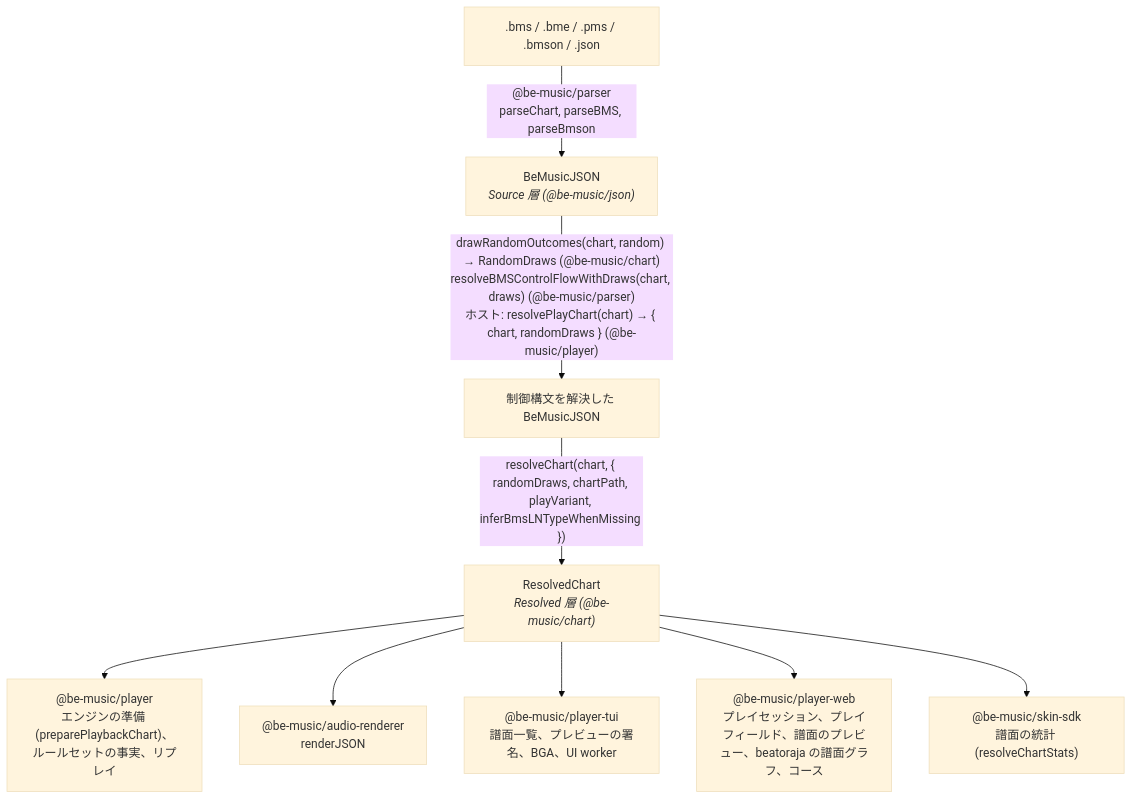
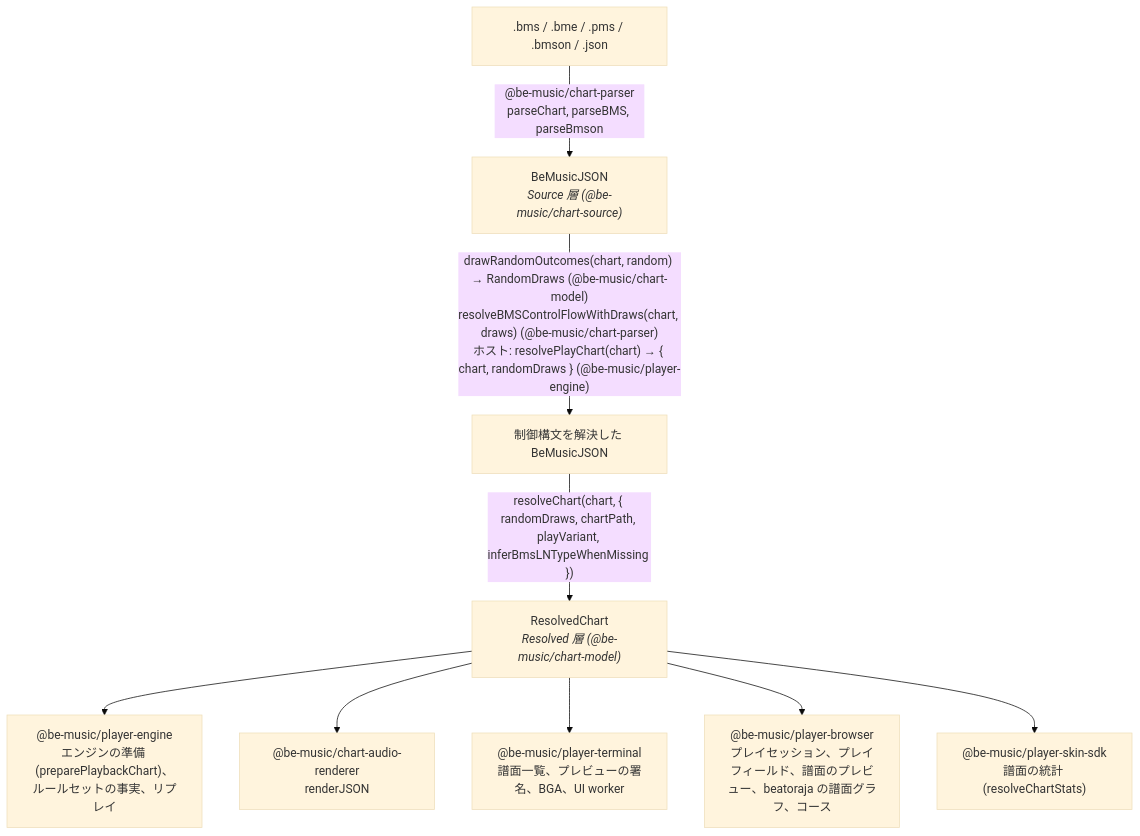
Before and after one commit to nulltask/be-music: the first of 3 diagrams in docs/architecture.ja.md, drawn with Mermaid (base theme). The commit also changed other lines of this file and 2542 other files, not shown here.

````diff
--- a/docs/architecture.ja.md
+++ b/docs/architecture.ja.md
@@ -9,21 +9,21 @@
 ```mermaid
 flowchart TD
   files[".bms / .bme / .pms / .bmson / .json"]
-  source["BeMusicJSON<br/><i>Source 層 (@be-music/json)</i>"]
+  source["BeMusicJSON<br/><i>Source 層 (@be-music/chart-source)</i>"]
   flat["制御構文を解決した BeMusicJSON"]
-  resolved["ResolvedChart<br/><i>Resolved 層 (@be-music/chart)</i>"]
-  player["@be-music/player<br/>エンジンの準備 (preparePlaybackChart)、ルールセットの事実、リプレイ"]
-  renderer["@be-music/audio-renderer<br/>renderJSON"]
-  tui["@be-music/player-tui<br/>譜面一覧、プレビューの署名、BGA、UI worker"]
-  web["@be-music/player-web<br/>プレイセッション、プレイフィールド、譜面のプレビュー、beatoraja の譜面グラフ、コース"]
-  skin["@be-music/skin-sdk<br/>譜面の統計 (resolveChartStats)"]
+  resolved["ResolvedChart<br/><i>Resolved 層 (@be-music/chart-model)</i>"]
+  player["@be-music/player-engine<br/>エンジンの準備 (preparePlaybackChart)、ルールセットの事実、リプレイ"]
+  renderer["@be-music/chart-audio-renderer<br/>renderJSON"]
+  tui["@be-music/player-terminal<br/>譜面一覧、プレビューの署名、BGA、UI worker"]
+  web["@be-music/player-browser<br/>プレイセッション、プレイフィールド、譜面のプレビュー、beatoraja の譜面グラフ、コース"]
+  skin["@be-music/player-skin-sdk<br/>譜面の統計 (resolveChartStats)"]
 
-  files -->|"@be-music/parser<br/>parseChart, parseBMS, parseBmson"| source
-  source -->|"drawRandomOutcomes(chart, random) → RandomDraws (@be-music/chart)<br/>resolveBMSControlFlowWithDraws(chart, draws) (@be-music/parser)<br/>ホスト: resolvePlayChart(chart) → { chart, randomDraws } (@be-music/player)"| flat
+  files -->|"@be-music/chart-parser<br/>parseChart, parseBMS, parseBmson"| source
+  source -->|"drawRandomOutcomes(chart, random) → RandomDraws (@be-music/chart-model)<br/>resolveBMSControlFlowWithDraws(chart, draws) (@be-music/chart-parser)<br/>ホスト: resolvePlayChart(chart) → { chart, randomDraws } (@be-music/player-engine)"| flat
   flat -->|"resolveChart(chart, { randomDraws, chartPath, playVariant, inferBmsLNTypeWhenMissing })"| resolved
   resolved --> player
   resolved --> renderer
   resolved --> tui
   resolved --> web
   resolved --> skin
 ```
````
